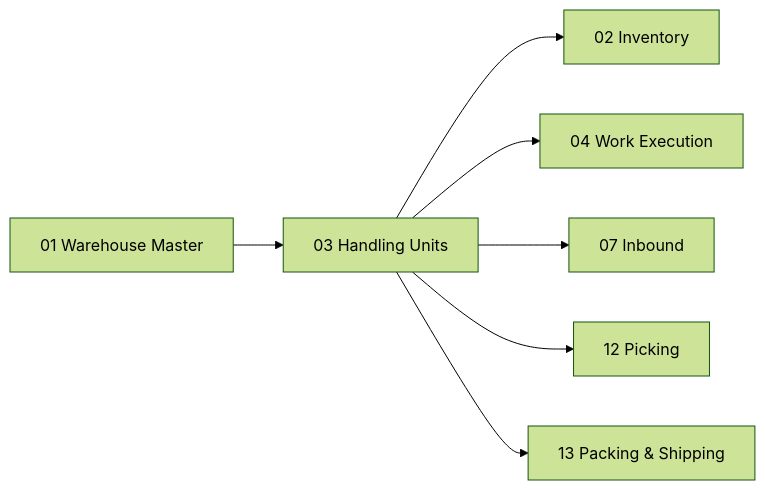
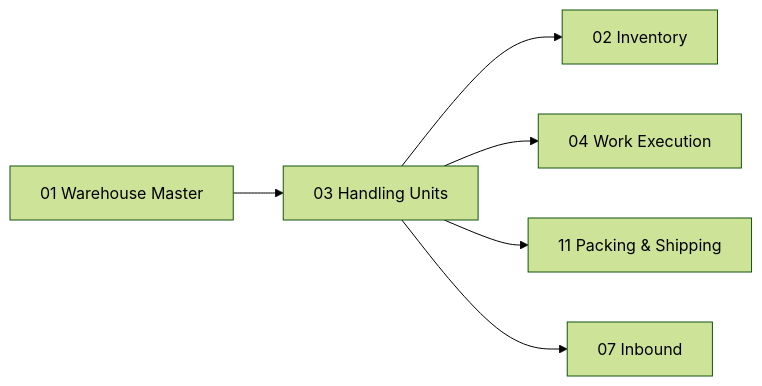
Before and after one commit to Oravlalesco/Odoo-ERP: the second of 2 diagrams in docs/01-dominios/03-handling-units.md, drawn with Mermaid (forest theme). The commit also changed other lines of this file and 13 other files, not shown here.

First line of the commit message:
refactor(docs): WMS Blueprint v1.1 - architectural corrections

````diff
--- a/docs/01-dominios/03-handling-units.md
+++ b/docs/01-dominios/03-handling-units.md
@@ -149,9 +173,8 @@
 ```mermaid
 graph LR
-    HU["03 Handling Units"] --> INV["02 Inventory"]
+    WM["01 Warehouse Master"] --> HU["03 Handling Units"]
+    HU --> INV["02 Inventory"]
     HU --> WE["04 Work Execution"]
+    HU --> PACK["11 Packing & Shipping"]
     HU --> IN["07 Inbound"]
-    HU --> PK["12 Picking"]
-    HU --> PC["13 Packing & Shipping"]
-    WM["01 Warehouse Master"] --> HU
 ```
````
